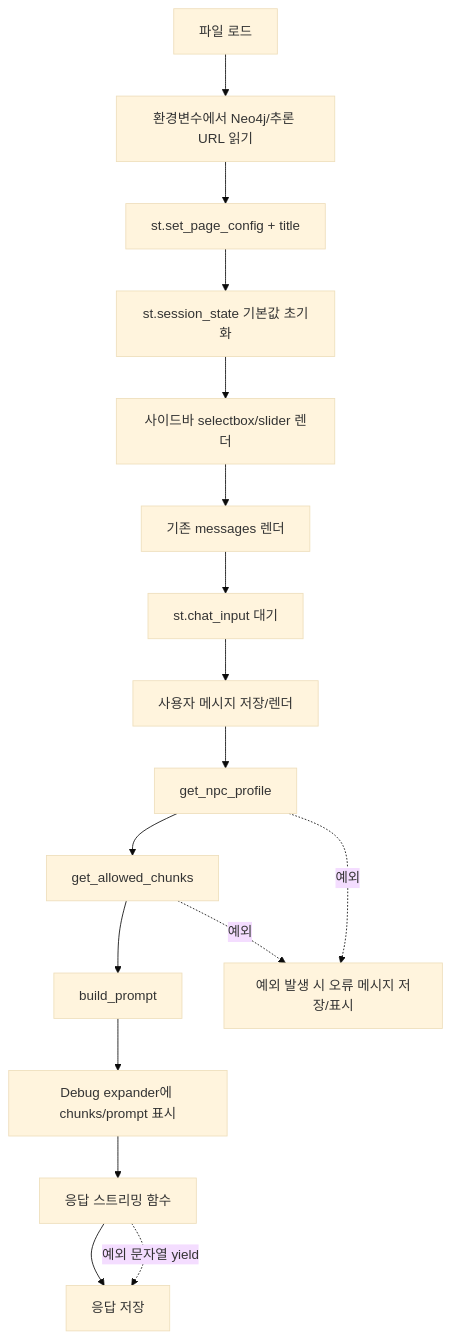
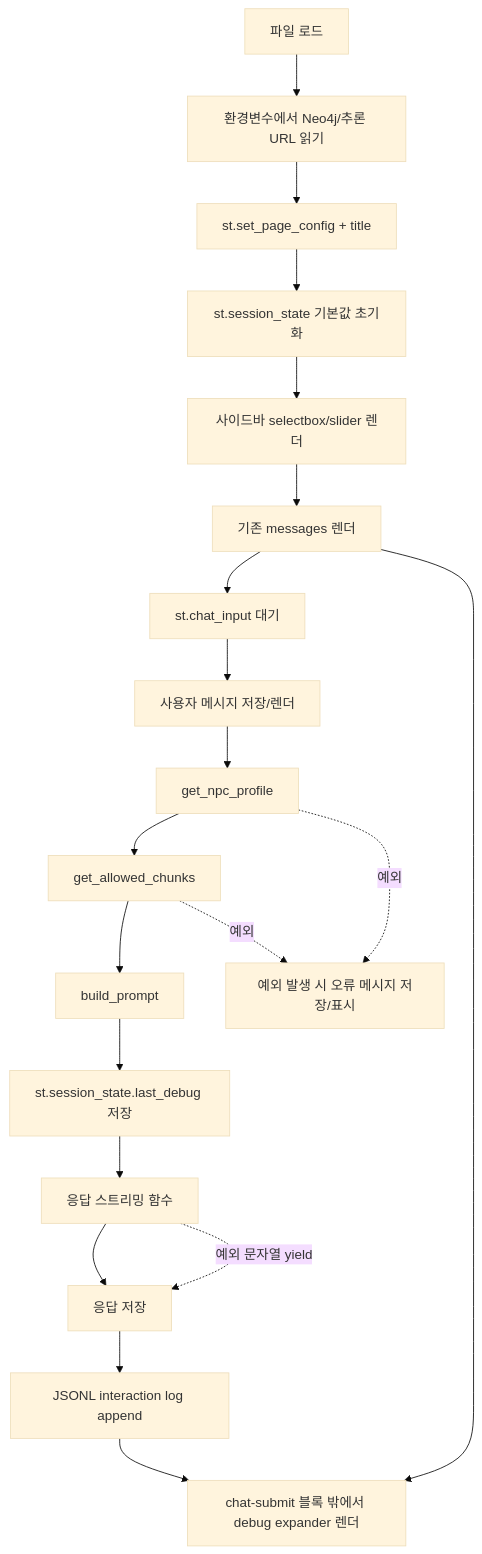
The tenth of 20 diagrams in docs/system_architecture.md (HRDI0/npc_persona), drawn with Mermaid (base theme) before and after one commit. The commit also changed other lines of this file, not shown here.

````diff
--- a/docs/system_architecture.md
+++ b/docs/system_architecture.md
@@ -465,24 +469,28 @@
 ```mermaid
 flowchart TD
     Start[파일 로드]
     Config[환경변수에서 Neo4j/추론 URL 읽기]
     Page[st.set_page_config + title]
     InitState[st.session_state 기본값 초기화]
     Sidebar[사이드바 selectbox/slider 렌더]
     History[기존 messages 렌더]
     Input[st.chat_input 대기]
     AppendUser[사용자 메시지 저장/렌더]
     Profile[get_npc_profile]
     Chunks[get_allowed_chunks]
     Prompt[build_prompt]
-    Debug[Debug expander에 chunks/prompt 표시]
+    SaveDebug[st.session_state.last_debug 저장]
     Stream[응답 스트리밍 함수]
     AppendAssistant[응답 저장]
+    Log[JSONL interaction log append]
+    DebugRender[chat-submit 블록 밖에서 debug expander 렌더]
     Error[예외 발생 시 오류 메시지 저장/표시]
 
     Start --> Config --> Page --> InitState --> Sidebar --> History --> Input
-    Input --> AppendUser --> Profile --> Chunks --> Prompt --> Debug --> Stream --> AppendAssistant
+    Input --> AppendUser --> Profile --> Chunks --> Prompt --> SaveDebug --> Stream --> AppendAssistant --> Log
+    Log --> DebugRender
+    History --> DebugRender
     Profile -.예외.-> Error
     Chunks -.예외.-> Error
     Stream -.예외 문자열 yield.-> AppendAssistant
 ```
````
